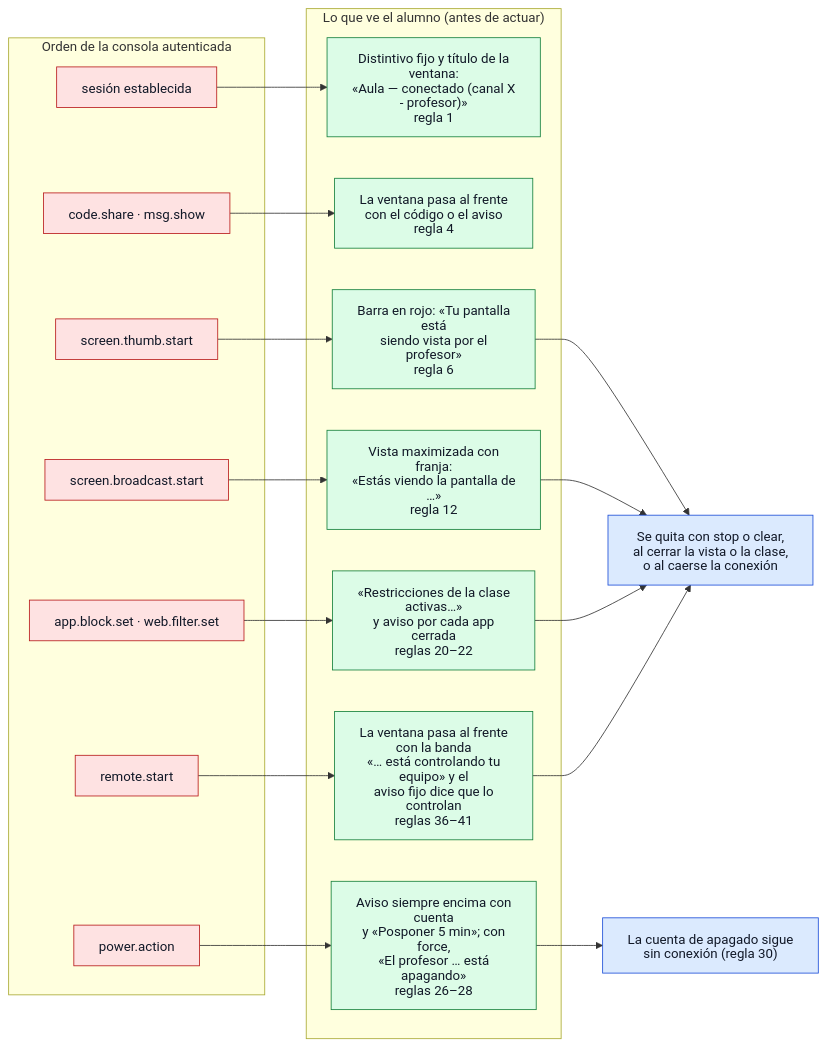
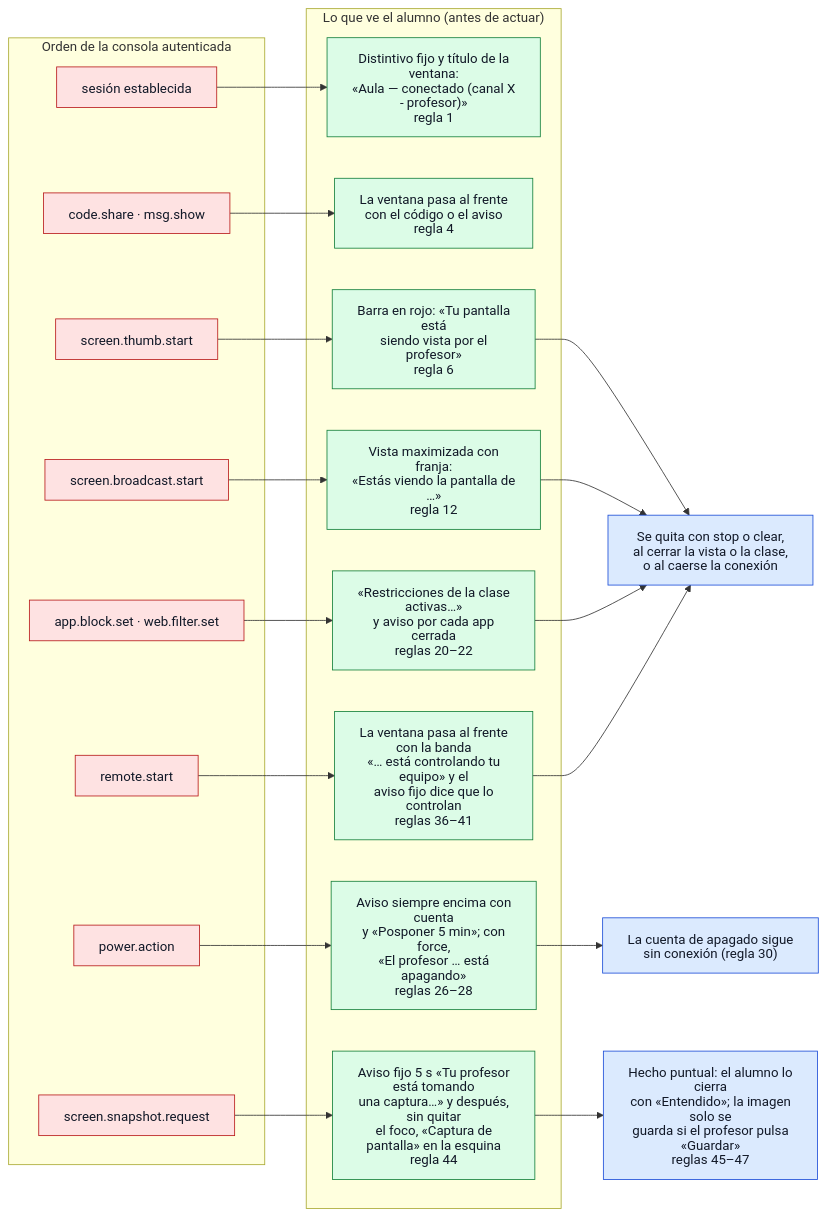
The diagram in docs/v1/diagramas/09-transparencia-avisos.md (bayalad7/aula), drawn with Mermaid before and after one commit. The commit also changed other lines of this file and 37 other files, not shown here.

First line of the commit message:
documentacion(docs): privacidad, manual, diagramas y pruebas de la captura de pantalla

````diff
--- a/docs/v1/diagramas/09-transparencia-avisos.md
+++ b/docs/v1/diagramas/09-transparencia-avisos.md
@@ -14,47 +14,52 @@
 ```mermaid
 %%{init: {"htmlLabels": false, "flowchart": {"htmlLabels": false}}}%%
 flowchart LR
     subgraph ordenes["Orden de la consola autenticada"]
         conexion["sesión establecida"]
         share["code.share · msg.show"]
         thumb["screen.thumb.start"]
         bcast["screen.broadcast.start"]
         pol["app.block.set · web.filter.set"]
         pwr["power.action"]
         rmt["remote.start"]
+        snap["screen.snapshot.request"]
     end
 
     subgraph avisos["Lo que ve el alumno (antes de actuar)"]
         distintivo["Distintivo fijo y título de la ventana:<br/>«Aula — conectado (canal X - profesor)»<br/>regla 1"]
         frente["La ventana pasa al frente<br/>con el código o el aviso<br/>regla 4"]
         visto["Barra en rojo: «Tu pantalla está<br/>siendo vista por el profesor»<br/>regla 6"]
         franja["Vista maximizada con franja:<br/>«Estás viendo la pantalla de …»<br/>regla 12"]
         restr["«Restricciones de la clase activas…»<br/>y aviso por cada app cerrada<br/>reglas 20–22"]
         energia["Aviso siempre encima con cuenta<br/>y «Posponer 5 min»; con force,<br/>«El profesor … está apagando»<br/>reglas 26–28"]
         control["La ventana pasa al frente con la banda<br/>«… está controlando tu equipo» y el<br/>aviso fijo dice que lo controlan<br/>reglas 36–41"]
+        captura["Aviso fijo 5 s «Tu profesor está tomando<br/>una captura…» y después, sin quitar<br/>el foco, «Captura de pantalla» en la esquina<br/>regla 44"]
     end
 
     fin["Se quita con stop o clear,<br/>al cerrar la vista o la clase,<br/>o al caerse la conexión"]
+    puntual["Hecho puntual: el alumno lo cierra<br/>con «Entendido»; la imagen solo se<br/>guarda si el profesor pulsa «Guardar»<br/>reglas 45–47"]
     sigue["La cuenta de apagado sigue<br/>sin conexión (regla 30)"]
 
     conexion --> distintivo
     share --> frente
     thumb --> visto
     bcast --> franja
     pol --> restr
     pwr --> energia
     rmt --> control
+    snap --> captura
+    captura --> puntual
     visto --> fin
     franja --> fin
     restr --> fin
     control --> fin
     energia --> sigue
 
     classDef externo fill:#dbeafe,stroke:#1d4ed8,color:#111827
     classDef aula fill:#dcfce7,stroke:#15803d,color:#111827
     classDef datos fill:#ffedd5,stroke:#c2410c,color:#111827
     classDef seguridad fill:#fee2e2,stroke:#b91c1c,color:#111827
-    class conexion,share,thumb,bcast,pol,pwr,rmt seguridad
-    class distintivo,frente,visto,franja,restr,energia,control aula
-    class fin,sigue externo
+    class conexion,share,thumb,bcast,pol,pwr,rmt,snap seguridad
+    class distintivo,frente,visto,franja,restr,energia,control,captura aula
+    class fin,sigue,puntual externo
 ```
````
